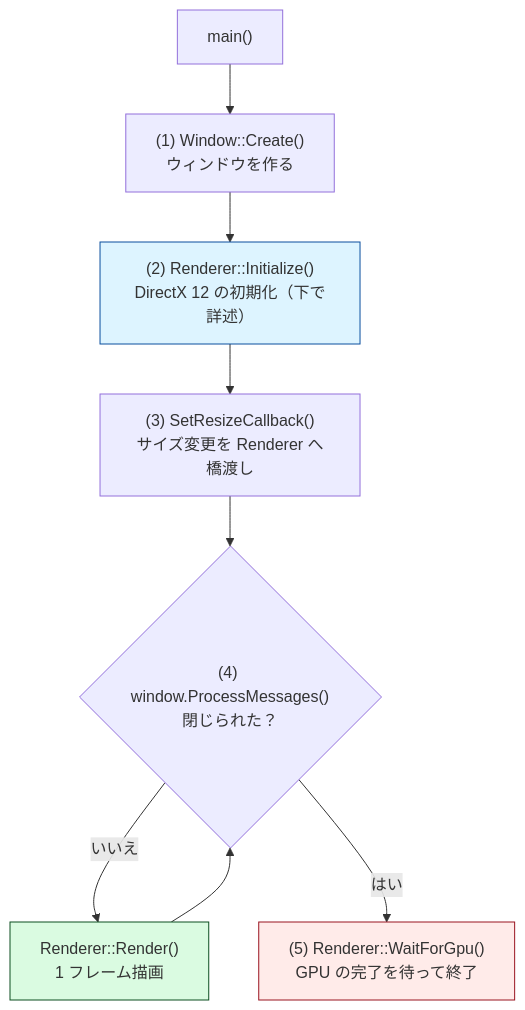
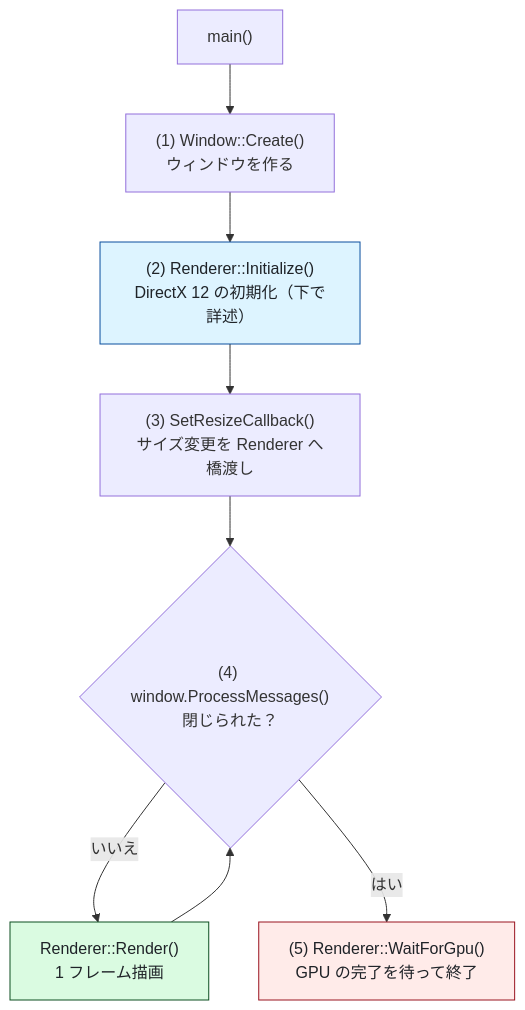
One commit to Tomonorarari-Think/DirectX12Dev changed the first of 4 diagrams in docs/design/描画フロー.md. Above: the diagram before and after it, drawn with Mermaid. The commit also changed other lines of this file and 28 other files, not shown here.

First line of the commit message:
fix: 図の文字が暗色モードで読めなくなる問題を直す

````diff
--- a/docs/design/描画フロー.md
+++ b/docs/design/描画フロー.md
@@ -9,14 +9,14 @@
 ```mermaid
 flowchart TD
     A["main()"] --> B["(1) Window::Create()<br/>ウィンドウを作る"]
     B --> C["(2) Renderer::Initialize()<br/>DirectX 12 の初期化（下で詳述）"]
     C --> D["(3) SetResizeCallback()<br/>サイズ変更を Renderer へ橋渡し"]
     D --> E{"(4) window.ProcessMessages()<br/>閉じられた？"}
     E -- いいえ --> F["Renderer::Render()<br/>1 フレーム描画"]
     F --> E
     E -- はい --> G["(5) Renderer::WaitForGpu()<br/>GPU の完了を待って終了"]
 
-    style C fill:#ddf4ff,stroke:#0a4f9e
-    style F fill:#dafbe1,stroke:#0d4f21
-    style G fill:#ffebe9,stroke:#9a1420
+    style C fill:#ddf4ff,stroke:#0a4f9e,color:#1f2328
+    style F fill:#dafbe1,stroke:#0d4f21,color:#1f2328
+    style G fill:#ffebe9,stroke:#9a1420,color:#1f2328
 ```
````
